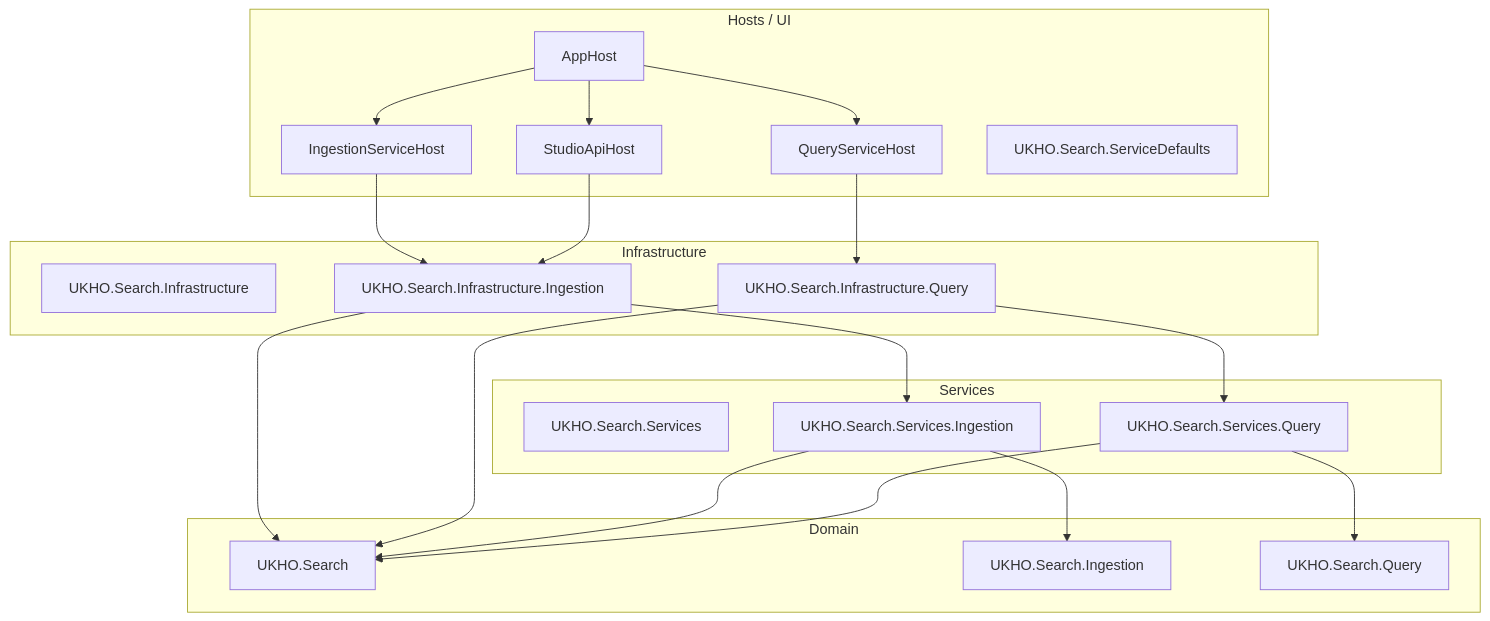
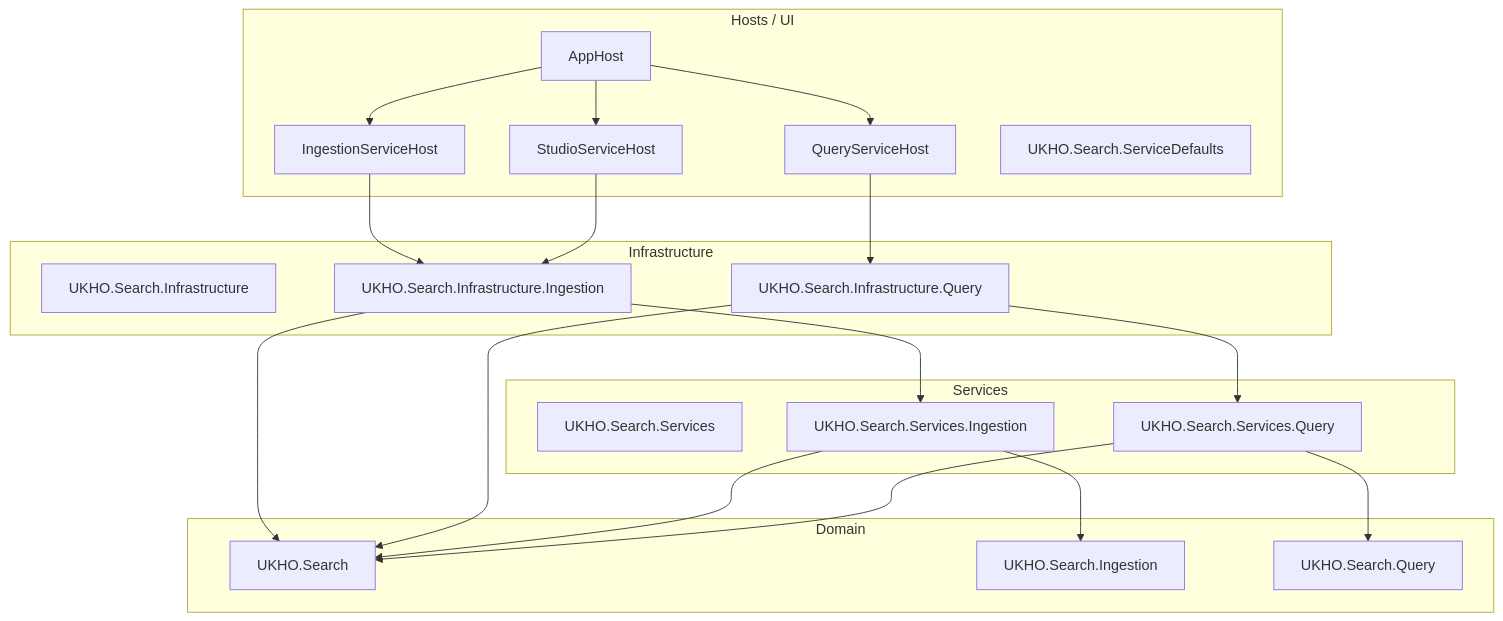
One commit to UKHO/UKHO.Search changed the first of 2 diagrams in wiki/Solution-Architecture.md. Above: the diagram before and after it, drawn with Mermaid. The commit also changed other lines of this file and 123 other files, not shown here.

````diff
--- a/wiki/Solution-Architecture.md
+++ b/wiki/Solution-Architecture.md
@@ -13,43 +13,43 @@
 ```mermaid
 flowchart TB
     subgraph Hosts[Hosts / UI]
         AppHost[AppHost]
         IngestionHost[IngestionServiceHost]
         QueryHost[QueryServiceHost]
-        StudioApiHost[StudioApiHost]
+        StudioServiceHost[StudioServiceHost]
         ServiceDefaults[UKHO.Search.ServiceDefaults]
     end
 
     subgraph Infrastructure[Infrastructure]
         InfraCore[UKHO.Search.Infrastructure]
         InfraIngestion[UKHO.Search.Infrastructure.Ingestion]
         InfraQuery[UKHO.Search.Infrastructure.Query]
     end
 
     subgraph Services[Services]
         ServicesCore[UKHO.Search.Services]
         ServicesIngestion[UKHO.Search.Services.Ingestion]
         ServicesQuery[UKHO.Search.Services.Query]
     end
 
     subgraph Domain[Domain]
         Search[UKHO.Search]
         Ingestion[UKHO.Search.Ingestion]
         Query[UKHO.Search.Query]
     end
 
     AppHost --> IngestionHost
     AppHost --> QueryHost
-    AppHost --> StudioApiHost
+    AppHost --> StudioServiceHost
     IngestionHost --> InfraIngestion
     QueryHost --> InfraQuery
-    StudioApiHost --> InfraIngestion
+    StudioServiceHost --> InfraIngestion
     InfraIngestion --> ServicesIngestion
     InfraQuery --> ServicesQuery
     ServicesIngestion --> Ingestion
     ServicesQuery --> Query
     InfraIngestion --> Search
     InfraQuery --> Search
     ServicesIngestion --> Search
     ServicesQuery --> Search
 ```
````
